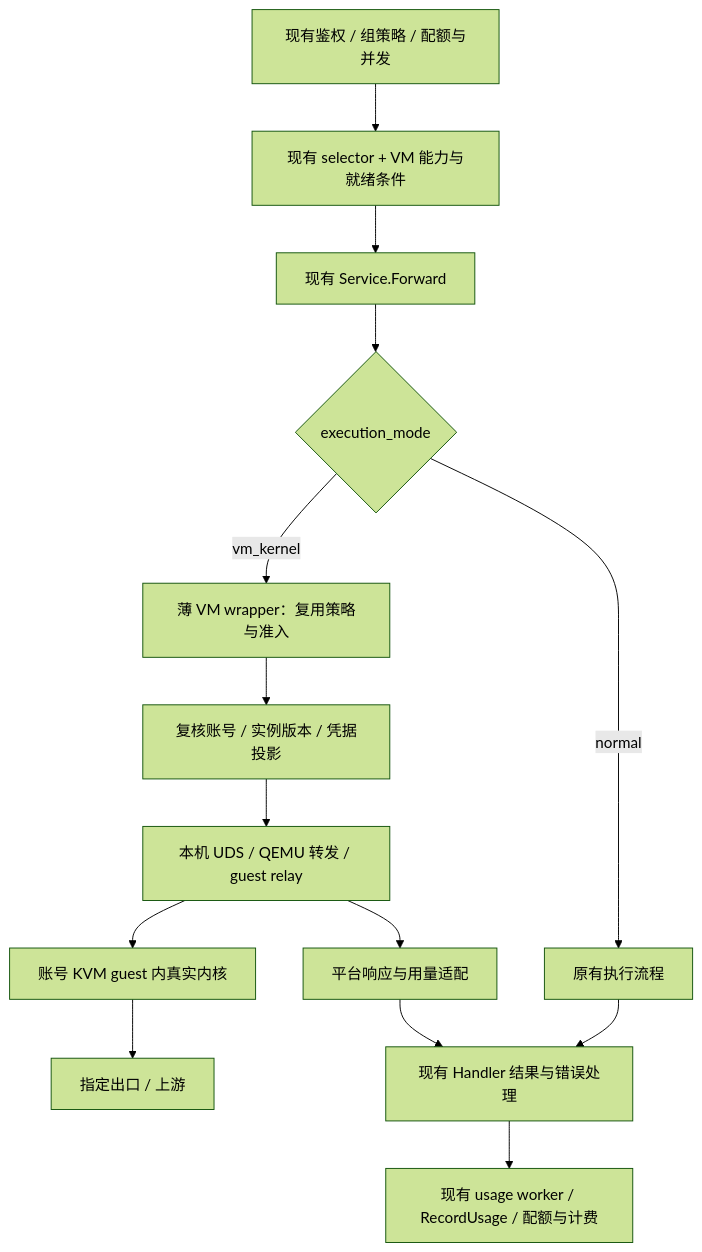
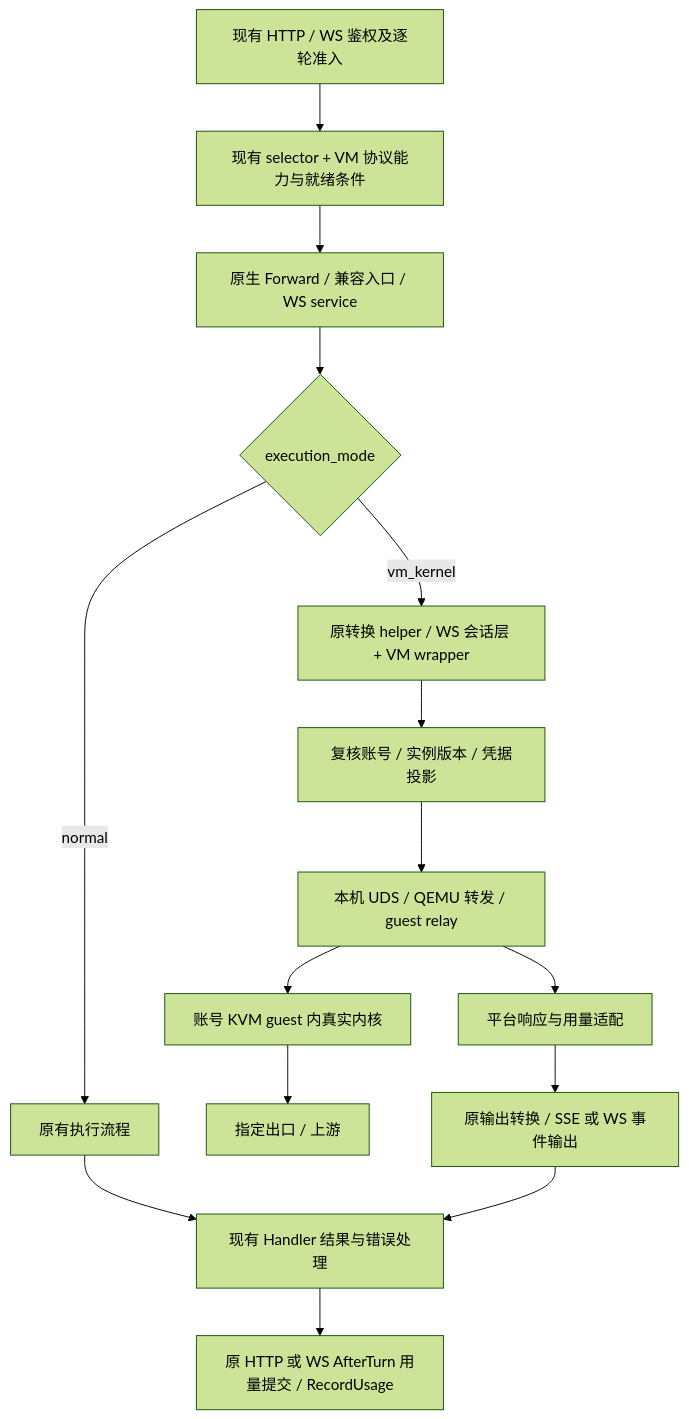
The first of 2 diagrams in docs/vm-kernel-account-mode-plan.md (caims481266251/sub2api), drawn with Mermaid (forest theme) before and after one commit. The commit also changed other lines of this file and 1 other file, not shown here.

```diff
--- a/docs/vm-kernel-account-mode-plan.md
+++ b/docs/vm-kernel-account-mode-plan.md
@@ -71,16 +93,17 @@
 ~~~mermaid
 flowchart TD
-    A[现有鉴权 / 组策略 / 配额与并发] --> B[现有 selector + VM 能力与就绪条件]
-    B --> C[现有 Service.Forward]
+    A[现有 HTTP / WS 鉴权及逐轮准入] --> B[现有 selector + VM 协议能力与就绪条件]
+    B --> C[原生 Forward / 兼容入口 / WS service]
     C --> D{execution_mode}
     D -->|normal| E[原有执行流程]
-    D -->|vm_kernel| F[薄 VM wrapper：复用策略与准入]
+    D -->|vm_kernel| F[原转换 helper / WS 会话层 + VM wrapper]
     F --> G[复核账号 / 实例版本 / 凭据投影]
     G --> H[本机 UDS / QEMU 转发 / guest relay]
     H --> I[账号 KVM guest 内真实内核]
     I --> J[指定出口 / 上游]
     H --> K[平台响应与用量适配]
     E --> L[现有 Handler 结果与错误处理]
-    K --> L
-    L --> M[现有 usage worker / RecordUsage / 配额与计费]
+    K --> N[原输出转换 / SSE 或 WS 事件输出]
+    N --> L
+    L --> M[原 HTTP 或 WS AfterTurn 用量提交 / RecordUsage]
 ~~~
```
